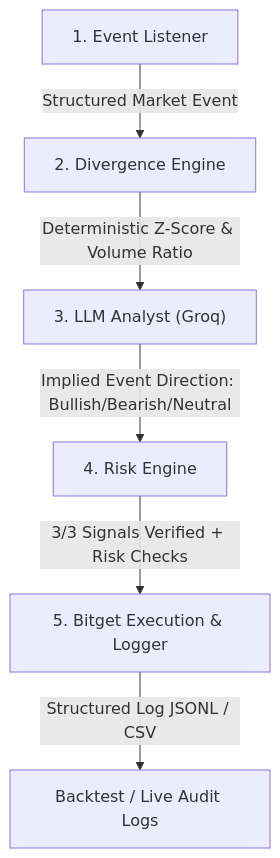
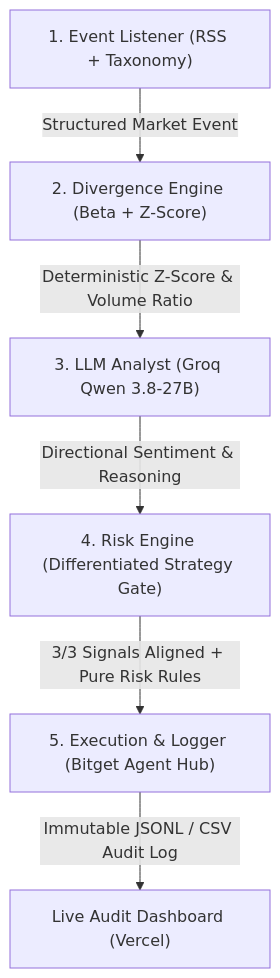
The diagram in README.md (0xSheriff/afterhours-sentinel), drawn with Mermaid before and after one commit. The commit also changed other lines of this file, not shown here.

Commit message:
docs: update README with 15-stock universe, dual-strategy routing, and live deployment

````diff
--- a/README.md
+++ b/README.md
@@ -30,8 +32,8 @@
 ```mermaid
 graph TD
-    A["1. Event Listener"] -->|Structured Market Event| B["2. Divergence Engine"]
-    B -->|Deterministic Z-Score & Volume Ratio| C["3. LLM Analyst (Groq)"]
-    C -->|Implied Event Direction: Bullish/Bearish/Neutral| D["4. Risk Engine"]
-    D -->|3/3 Signals Verified + Risk Checks| E["5. Bitget Execution & Logger"]
-    E -->|Structured Log JSONL / CSV| F["Backtest / Live Audit Logs"]
+    A["1. Event Listener (RSS + Taxonomy)"] -->|Structured Market Event| B["2. Divergence Engine (Beta + Z-Score)"]
+    B -->|Deterministic Z-Score & Volume Ratio| C["3. LLM Analyst (Groq Qwen 3.8-27B)"]
+    C -->|Directional Sentiment & Reasoning| D["4. Risk Engine (Differentiated Strategy Gate)"]
+    D -->|3/3 Signals Aligned + Pure Risk Rules| E["5. Execution & Logger (Bitget Agent Hub)"]
+    E -->|Immutable JSONL / CSV Audit Log| F["Live Audit Dashboard (Vercel)"]
 ```
````
